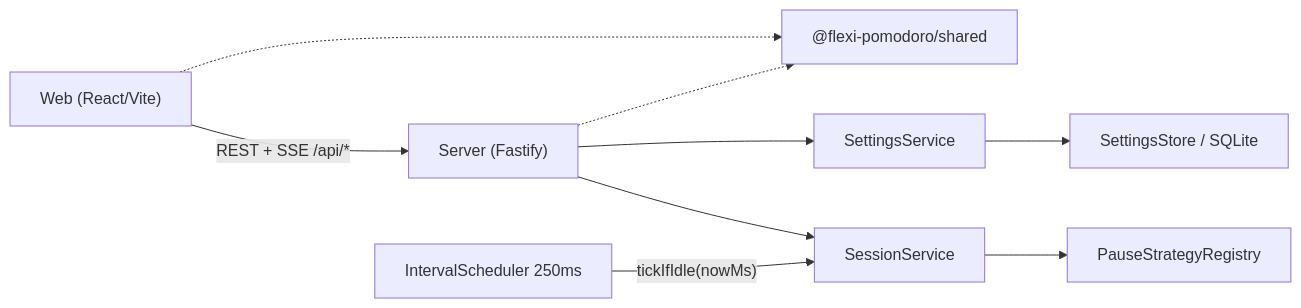
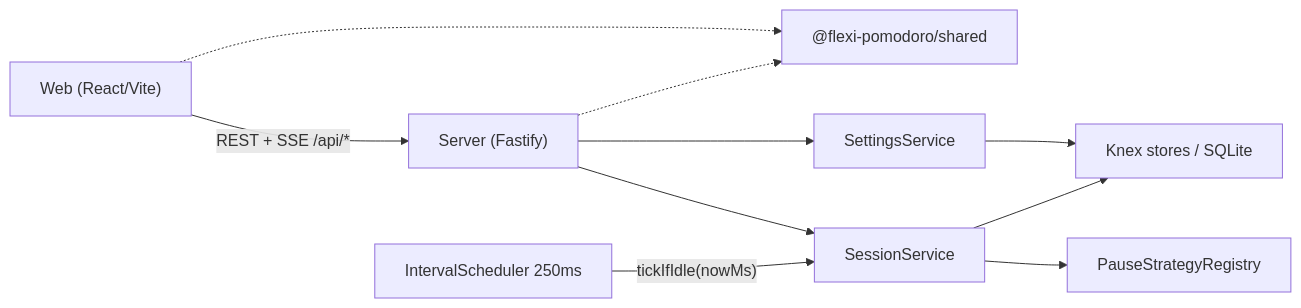
The diagram in docs/README.md (DKLokeswaran/flexi-pomodoro), drawn with Mermaid before and after one commit. The commit also changed other lines of this file and 18 other files, not shown here.

````diff
--- a/docs/README.md
+++ b/docs/README.md
@@ -43,20 +43,21 @@
 ```mermaid
 flowchart LR
   Browser["Web (React/Vite)"]
   API["Server (Fastify)"]
   Shared["@flexi-pomodoro/shared"]
   Sched["IntervalScheduler 250ms"]
   Sess["SessionService"]
   Sett["SettingsService"]
-  Store["SettingsStore / SQLite"]
+  Store["Knex stores / SQLite"]
   Pause["PauseStrategyRegistry"]
 
   Browser -->|"REST + SSE /api/*"| API
   Browser -.-> Shared
   API -.-> Shared
   API --> Sett
   API --> Sess
   Sett --> Store
+  Sess --> Store
   Sess --> Pause
   Sched -->|"tickIfIdle(nowMs)"| Sess
 ```
````
